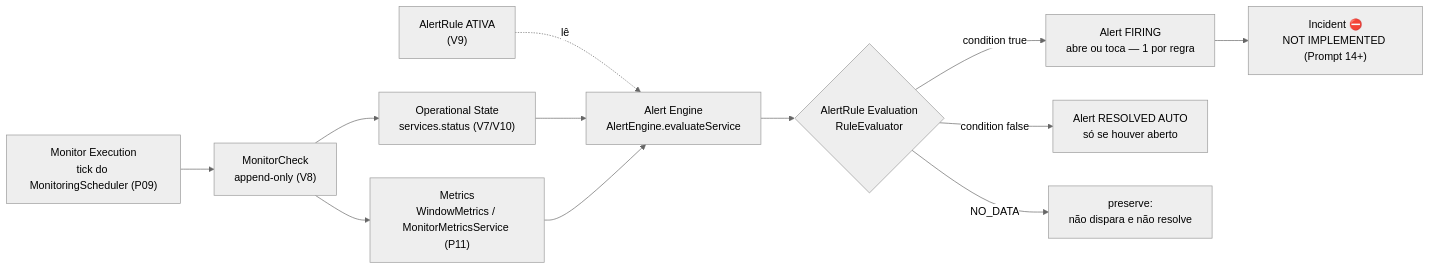
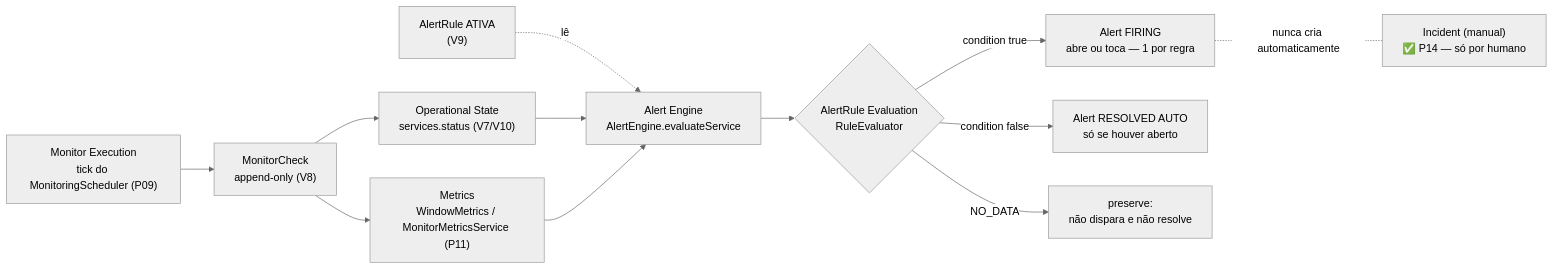
The diagram in docs/alert-engine.md (diegovieiradv/project-sentinel), drawn with Mermaid (neutral theme) before and after one commit. The commit also changed other lines of this file and 40 other files, not shown here.

Commit message:
feat(incident): adicionar incidents com lifecycle, timeline e associação manual de alerts

````diff
--- a/docs/alert-engine.md
+++ b/docs/alert-engine.md
@@ -36,14 +37,14 @@
 ```mermaid
 graph LR
     EXEC["Monitor Execution<br/>tick do MonitoringScheduler (P09)"] --> CHECK["MonitorCheck<br/>append-only (V8)"]
     CHECK --> STATE["Operational State<br/>services.status (V7/V10)"]
     CHECK --> METRICS["Metrics<br/>WindowMetrics / MonitorMetricsService (P11)"]
     CONFIG["AlertRule ATIVA<br/>(V9)"] -. lê .-> ENGINE
     STATE --> ENGINE["Alert Engine<br/>AlertEngine.evaluateService"]
     METRICS --> ENGINE
     ENGINE --> EVAL{"AlertRule Evaluation<br/>RuleEvaluator"}
     EVAL -->|condition true| FIRING["Alert FIRING<br/>abre ou toca — 1 por regra"]
     EVAL -->|condition false| RESOLVED["Alert RESOLVED AUTO<br/>só se houver aberto"]
     EVAL -->|NO_DATA| PRESERVE["preserve:<br/>não dispara e não resolve"]
-    FIRING --> INCIDENT["Incident ⛔<br/>NOT IMPLEMENTED (Prompt 14+)"]
+    FIRING -. "nunca cria automaticamente" .- INCIDENT["Incident (manual)<br/>✅ P14 — só por humano"]
 ```
````
